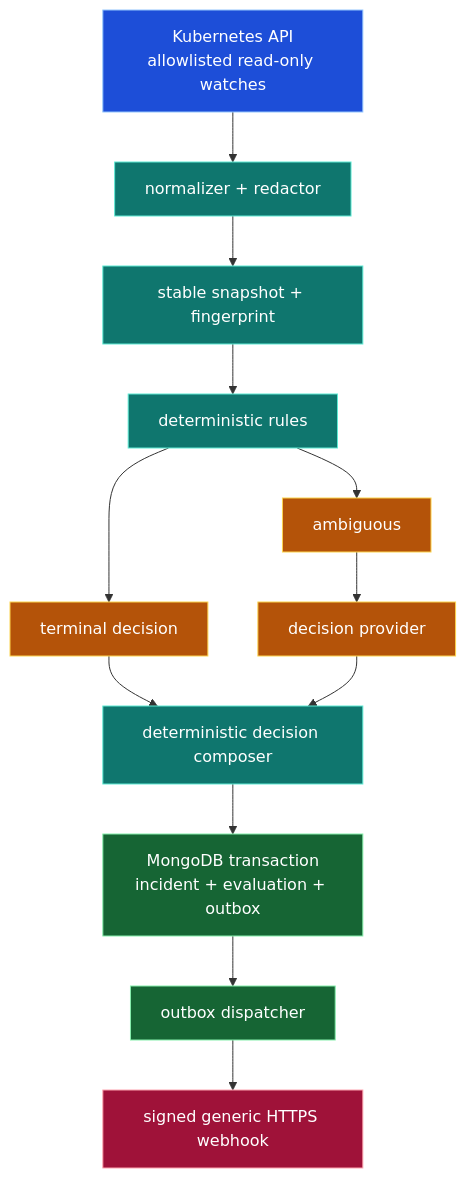
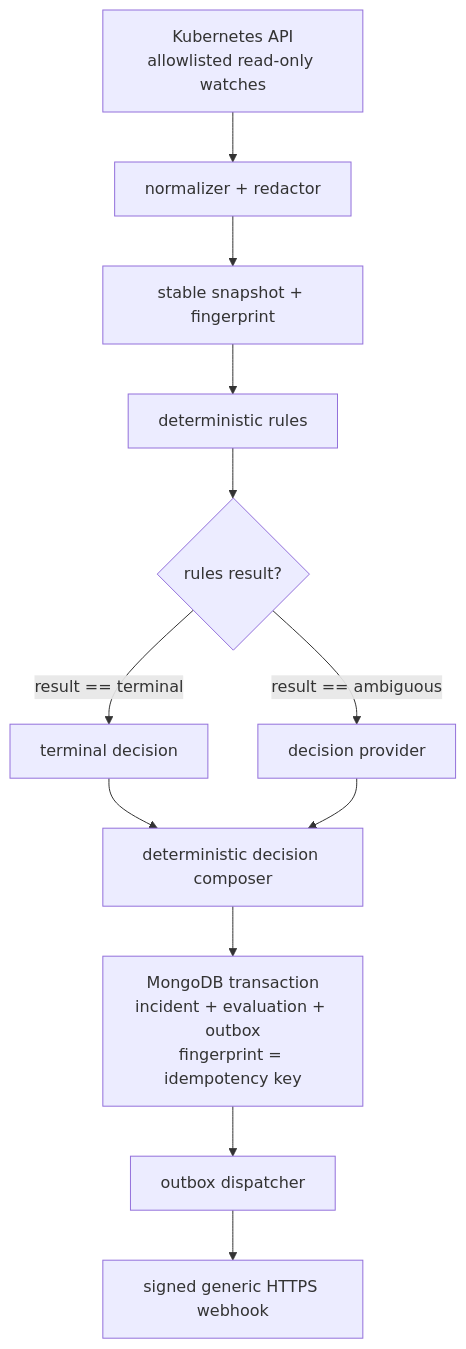
The diagram in README.md (ddalcero/ruleraven), drawn with Mermaid before and after one commit.

Commit message:
docs: clarify architecture decision branches

````diff
--- a/README.md
+++ b/README.md
@@ -44,33 +46,19 @@
 ```mermaid
 flowchart TD
   K8S["Kubernetes API<br/>allowlisted read-only watches"]
   NR["normalizer + redactor"]
   SNAP["stable snapshot + fingerprint"]
   RULES["deterministic rules"]
+  DEC{"rules result?"}
   TERM["terminal decision"]
-  AMB["ambiguous"]
   PROV["decision provider"]
   COMP["deterministic decision composer"]
-  TX["MongoDB transaction<br/>incident + evaluation + outbox"]
+  TX["MongoDB transaction<br/>incident + evaluation + outbox<br/>fingerprint = idempotency key"]
   OUT["outbox dispatcher"]
   WH["signed generic HTTPS webhook"]
 
-  K8S --> NR --> SNAP --> RULES
-  RULES --> TERM
-  RULES --> AMB --> PROV
-  TERM --> COMP
-  PROV --> COMP
+  K8S --> NR --> SNAP --> RULES --> DEC
+  DEC -->|"result == terminal"| TERM --> COMP
+  DEC -->|"result == ambiguous"| PROV --> COMP
   COMP --> TX --> OUT --> WH
-
-  classDef src fill:#1d4ed8,stroke:#93c5fd,color:#fff
-  classDef pure fill:#0f766e,stroke:#5eead4,color:#fff
-  classDef branch fill:#b45309,stroke:#fcd34d,color:#fff
-  classDef persist fill:#166534,stroke:#86efac,color:#fff
-  classDef egress fill:#9f1239,stroke:#fda4af,color:#fff
-
-  class K8S src
-  class NR,SNAP,RULES,COMP pure
-  class TERM,AMB,PROV branch
-  class TX,OUT persist
-  class WH egress
 ```
````
